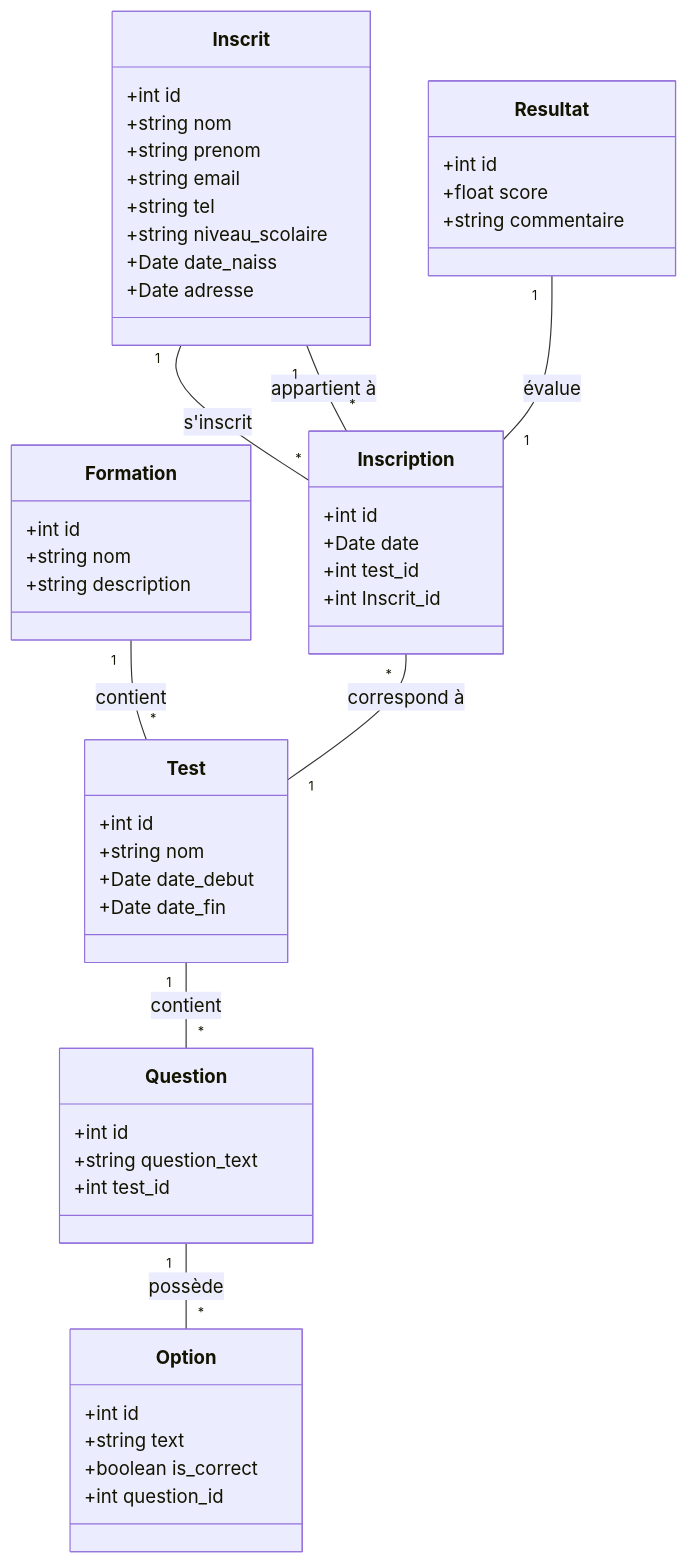
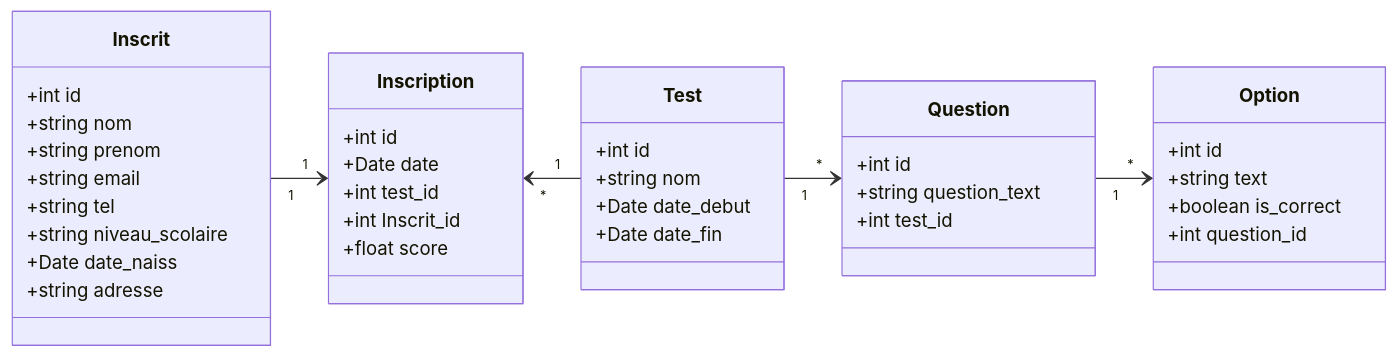
The diagram in Conception/diagrame_de_class/test_inscription.mmd (samiaBoug/Soli_LMS_Test_Inscription), drawn with Mermaid before and after one commit. The commit also changed 1 other file, not shown here.

Commit message:
fis class diagram

```diff
--- a/Conception/diagrame_de_class/test_inscription.mmd
+++ b/Conception/diagrame_de_class/test_inscription.mmd
@@ -1,64 +1,48 @@
-%%{init: {"themeVariables": {"graphLayout": "LR"}}}%%
+
 classDiagram
-
-    class Formation {
-        +int id
-        +string nom
-        +string description
-    }
-
-    class Test {
-        +int id
-        +string nom
-        +Date date_debut
-        +Date date_fin
-    }
-
+    direction LR
+    
     class Inscrit {
         +int id
         +string nom
         +string prenom
         +string email
         +string tel
         +string niveau_scolaire
         +Date date_naiss
-        +Date adresse
-
-        
+        +string adresse  
     }
 
     class Inscription {
         +int id
         +Date date
         +int test_id
         +int Inscrit_id
+        +float score
     }
-
-    class Resultat {
+        class Test {
         +int id
-        +float score
-        +string commentaire
+        +string nom
+        +Date date_debut
+        +Date date_fin
+        
     }
-
-  
-
+ 
     class Question {
         +int id
         +string question_text
         +int test_id
     }
 
     class Option {
         +int id
         +string text
         +boolean is_correct
         +int question_id
     }
 
-    Formation "1" -- "*" Test : contient
-    Inscrit "1" -- "*" Inscription : s'inscrit
-    Inscription "*" -- "1" Test : correspond à
-    Inscription "*" -- "1" Inscrit : appartient à
-    Resultat "1" -- "1" Inscription : évalue
-    Test "1" -- "*" Question : contient
-    Question "1" -- "*" Option : possède
+ 
+    Inscrit "1" --> "1" Inscription 
+    Inscription "*" <-- "1" Test 
+    Test "1" --> "*" Question
+    Question "1" --> "*" Option
```
